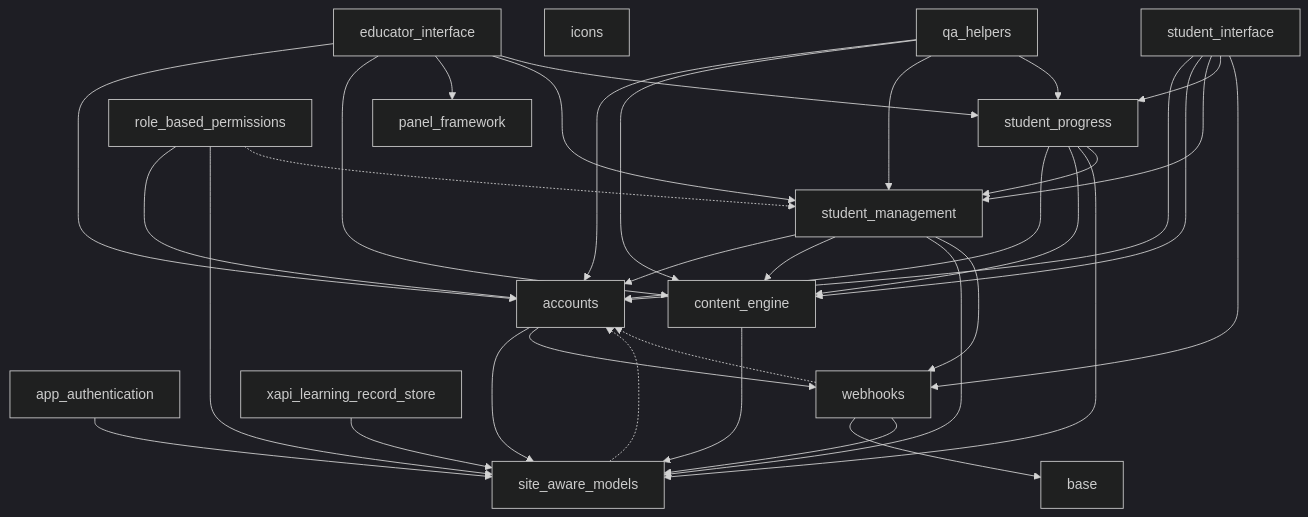
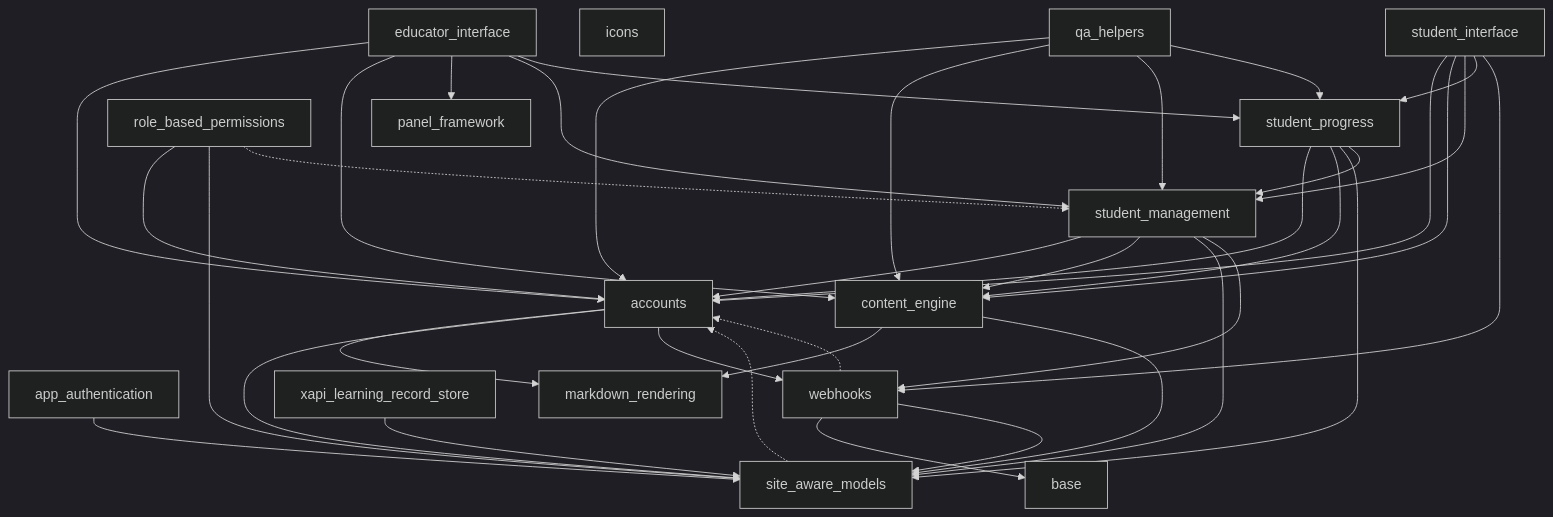
One commit to preludetech/Freedom-LS changed the diagram in docs/app_structure.md. Above: the diagram before and after it, drawn with Mermaid (dark theme). The commit also changed other lines of this file and 63 other files, not shown here.

````diff
--- a/docs/app_structure.md
+++ b/docs/app_structure.md
@@ -13,52 +13,55 @@
 ```mermaid
 flowchart TB
     accounts
     app_authentication
     base
     content_engine
     educator_interface
     icons
+    markdown_rendering
     panel_framework
     qa_helpers
     role_based_permissions
     site_aware_models
     student_interface
     student_management
     student_progress
     webhooks
     xapi_learning_record_store
+    accounts --> markdown_rendering
     accounts --> site_aware_models
     accounts --> webhooks
     app_authentication --> site_aware_models
+    content_engine --> markdown_rendering
     content_engine --> site_aware_models
     educator_interface --> accounts
     educator_interface --> content_engine
     educator_interface --> panel_framework
     educator_interface --> student_management
     educator_interface --> student_progress
     qa_helpers --> accounts
     qa_helpers --> content_engine
     qa_helpers --> student_management
     qa_helpers --> student_progress
     role_based_permissions --> accounts
     role_based_permissions --> site_aware_models
     student_interface --> accounts
     student_interface --> content_engine
     student_interface --> student_management
     student_interface --> student_progress
     student_interface --> webhooks
     student_management --> accounts
     student_management --> content_engine
     student_management --> site_aware_models
     student_management --> webhooks
     student_progress --> accounts
     student_progress --> content_engine
     student_progress --> site_aware_models
     student_progress --> student_management
     webhooks --> base
     webhooks --> site_aware_models
     xapi_learning_record_store --> site_aware_models
     role_based_permissions -.-> student_management
     site_aware_models -.-> accounts
     webhooks -.-> accounts
 ```
````
